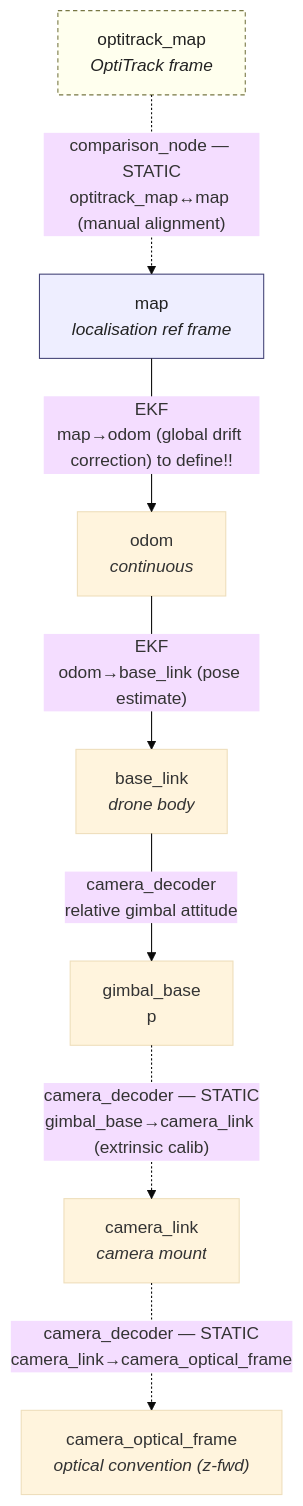
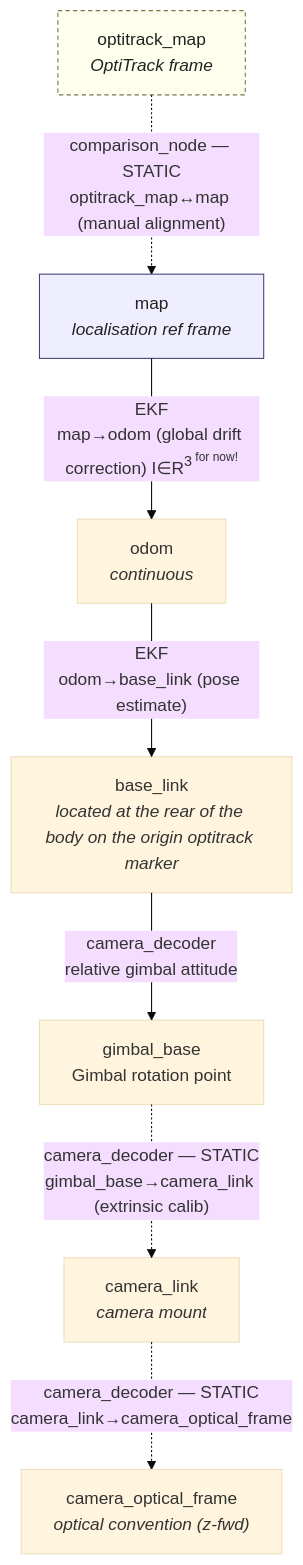
One commit to cristhianpoveda/path_planning_aerial_inspection changed the diagram in docs/tf_tree.mmd. Above: the diagram before and after it, drawn with Mermaid (base theme). The commit also changed 6 other files, not shown here.

```diff
--- a/docs/tf_tree.mmd
+++ b/docs/tf_tree.mmd
@@ -1,29 +1,29 @@
 ---
 config:
   layout: elk
 ---
 
 flowchart TD
 
     MAP["map<br/><i>localisation ref frame</i>"]
     ODOM["odom<br/><i>continuous</i>"]
-    BASE["base_link<br/><i>drone body</i>"]
-    GIMBAL["gimbal_base<br/>p"]
+    BASE["base_link<br/><i>located at the rear of the body on the origin optitrack marker</i>"]
+    GIMBAL["gimbal_base<br/>Gimbal rotation point"]
     CAM["camera_link<br/><i>camera mount</i>"]
     CAMOPT["camera_optical_frame<br/><i>optical convention (z-fwd)</i>"]
 
     %% dynamic transforms (localisation)
-    MAP -->|"EKF<br/>map&rarr;odom (global drift correction) to define!!"| ODOM
+    MAP -->|"EKF<br/>map&rarr;odom (global drift correction) I&isin;R<sup>3<sup/> for now!"| ODOM
     ODOM -->|"EKF<br/>odom&rarr;base_link (pose estimate)"| BASE
     BASE -->|"camera_decoder<br/>relative gimbal attitude"| GIMBAL
 
     %% static transforms
     GIMBAL -.->|"camera_decoder — STATIC<br/>gimbal_base&rarr;camera_link (extrinsic calib)"| CAM
     CAM -.->|"camera_decoder — STATIC<br/>camera_link&rarr;camera_optical_frame"| CAMOPT
 
     %% EVALUATION
     MOCAP["optitrack_map<br/><i>OptiTrack frame</i>"]
     MOCAP -.->|"comparison_node — STATIC<br/>optitrack_map&harr;map (manual alignment)"| MAP
 
     style MAP fill:#eef,stroke:#447,color:#222
     style MOCAP fill:#ffe,stroke:#774,color:#222,stroke-dasharray:4 3
```
